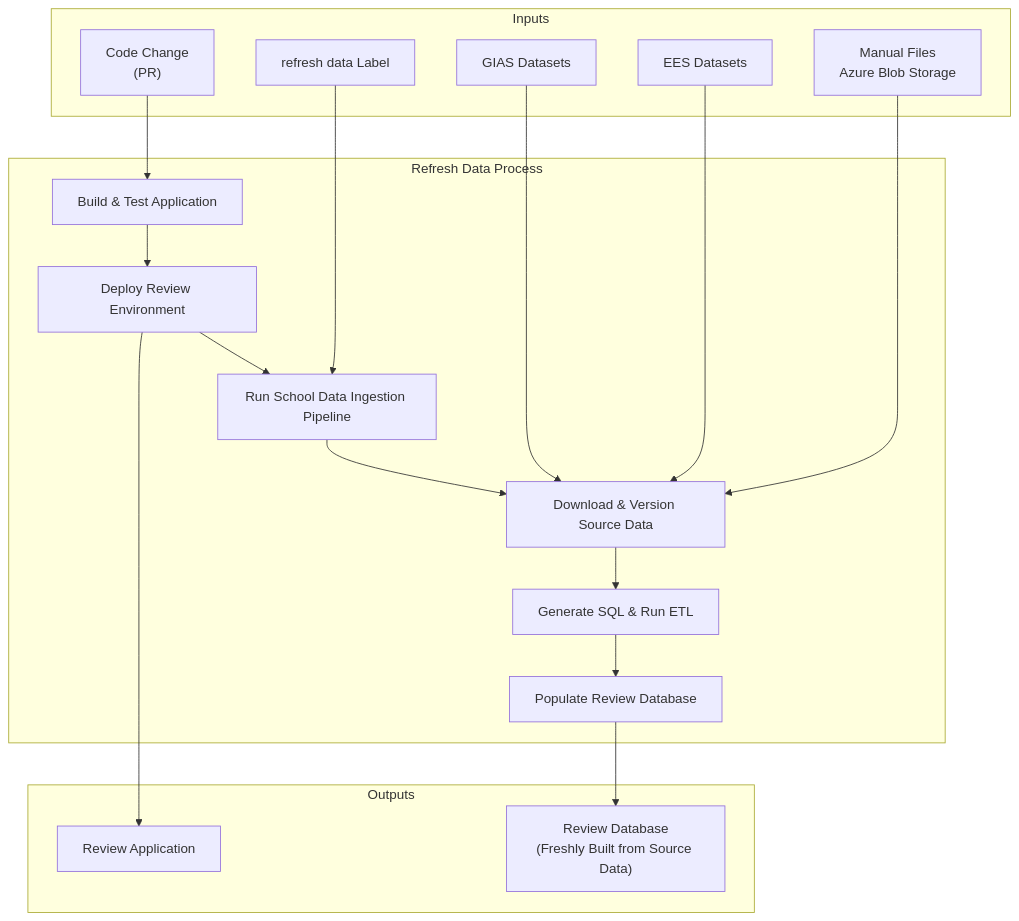
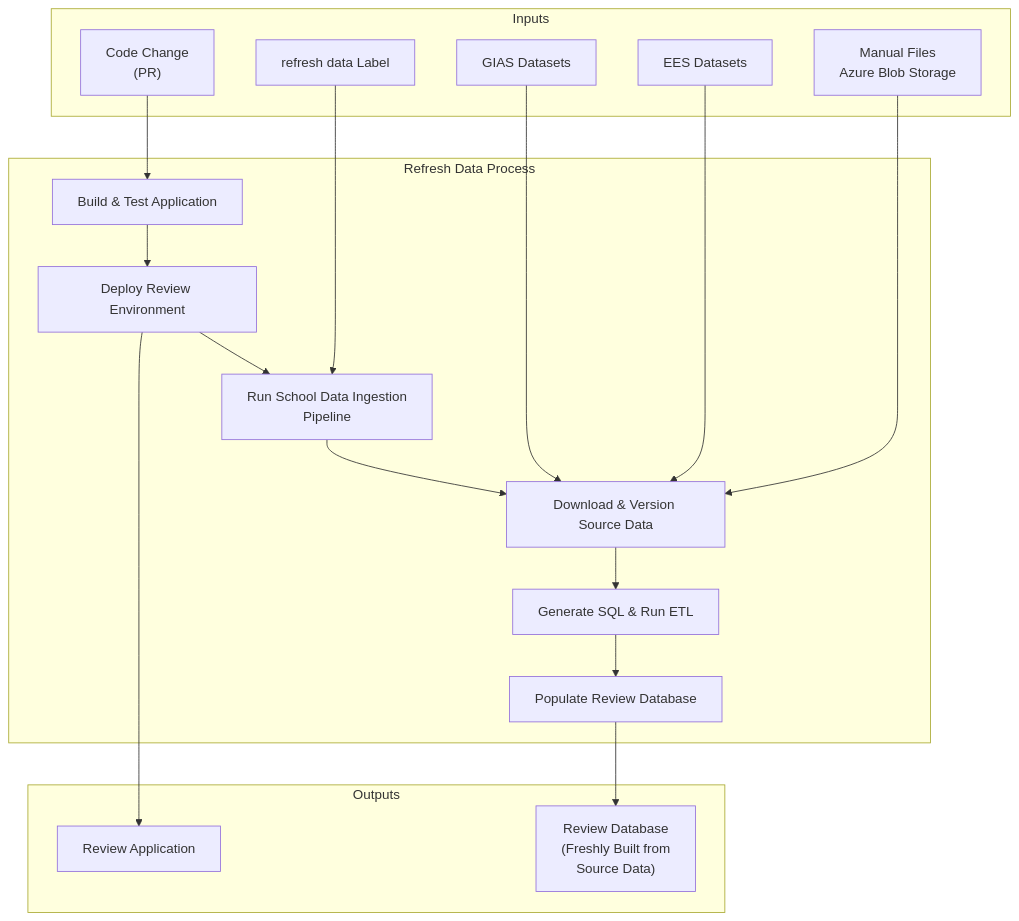
The second of 2 diagrams in docs/workflows/build-and-deploy.md (DFE-Digital/sap-public), drawn with Mermaid before and after one commit.

Commit message:
docs minor edit

````diff
--- a/docs/workflows/build-and-deploy.md
+++ b/docs/workflows/build-and-deploy.md
@@ -50,40 +50,40 @@
 ```mermaid
 flowchart TD
 
     subgraph Inputs
         A1["Code Change<br/>(PR)"]
         A2["refresh data Label"]
         A3["GIAS Datasets"]
         A4["EES Datasets"]
         A5["Manual Files<br/>Azure Blob Storage"]
     end
 
     subgraph Refresh Data Process
         B1["Build & Test Application"]
         B2["Deploy Review Environment"]
-        B3["Run School Data Ingestion Pipeline"]
+        B3["Run School Data Ingestion</br> Pipeline"]
         B4["Download & Version Source Data"]
         B5["Generate SQL & Run ETL"]
         B6["Populate Review Database"]
 
         B1 --> B2
         B2 --> B3
         B3 --> B4
         B4 --> B5
         B5 --> B6
     end
 
     subgraph Outputs
         C1["Review Application"]
-        C2["Review Database<br/>(Freshly Built from Source Data)"]
+        C2["Review Database<br/>(Freshly Built from</br>Source Data)"]
     end
 
     A1 --> B1
     A2 --> B3
     A3 --> B4
     A4 --> B4
     A5 --> B4
 
     B2 --> C1
     B6 --> C2
 ```
````
